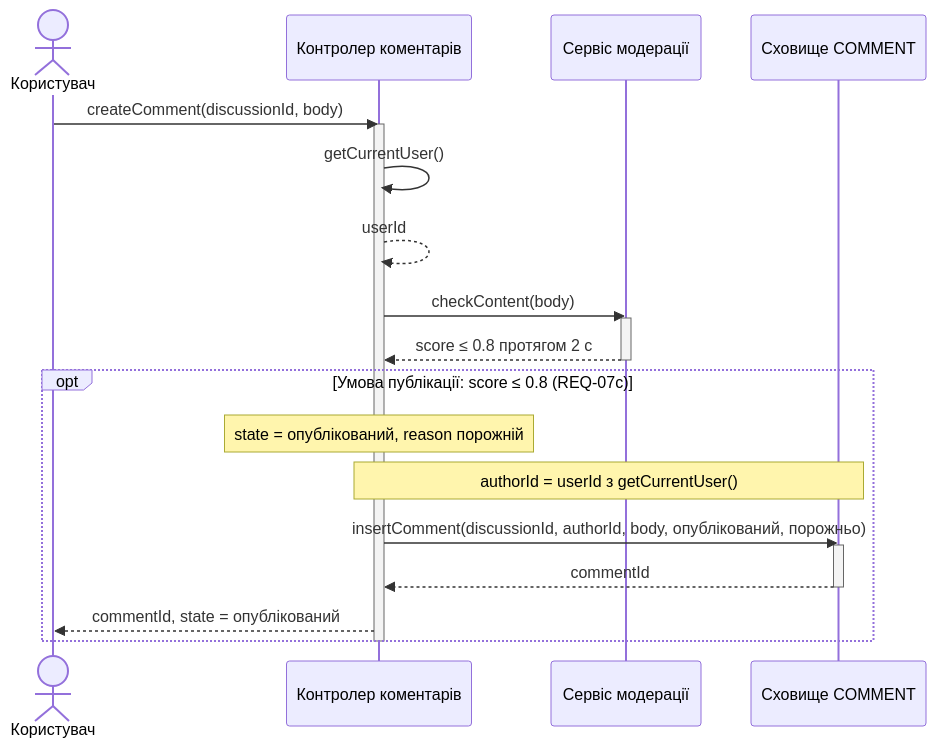
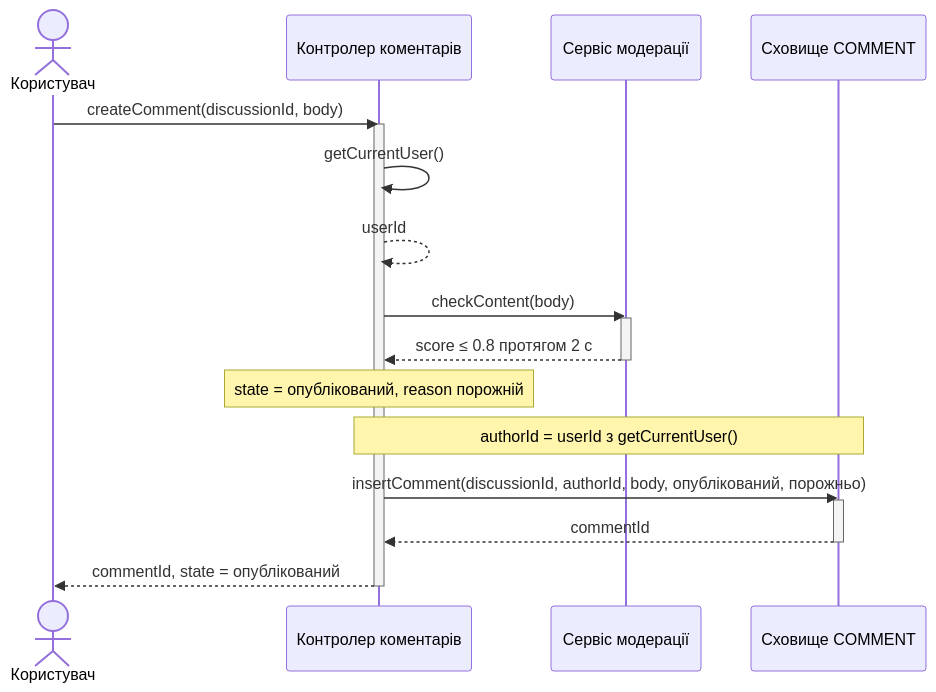
One commit to tevarindol/forum changed the second of 4 diagrams in lab3/sequence.md. Above: the diagram before and after it, drawn with Mermaid. The commit also changed other lines of this file, not shown here.

First line of the commit message:
docs(lab3): remove score opts and move timeout handling into alt

````diff
--- a/lab3/sequence.md
+++ b/lab3/sequence.md
@@ -24,26 +24,24 @@
 ```mermaid
 sequenceDiagram
     actor U as Користувач
     participant C as Контролер коментарів
     participant MS as Сервіс модерації
     participant DB as Сховище COMMENT
 
     U->>C: createComment(discussionId, body)
     activate C
     C->>C: getCurrentUser()
     C-->>C: userId
     C->>MS: checkContent(body)
     activate MS
     MS-->>C: score ≤ 0.8 протягом 2 с
     deactivate MS
-    opt Умова публікації: score ≤ 0.8 (REQ-07c)
-        Note over C: state = опублікований, reason порожній
-        Note over C,DB: authorId = userId з getCurrentUser()
-        C->>DB: insertComment(discussionId, authorId, body, опублікований, порожньо)
-        activate DB
-        DB-->>C: commentId
-        deactivate DB
-        C-->>U: commentId, state = опублікований
-    end
+    Note over C: state = опублікований, reason порожній
+    Note over C,DB: authorId = userId з getCurrentUser()
+    C->>DB: insertComment(discussionId, authorId, body, опублікований, порожньо)
+    activate DB
+    DB-->>C: commentId
+    deactivate DB
+    C-->>U: commentId, state = опублікований
     deactivate C
 ```
````
